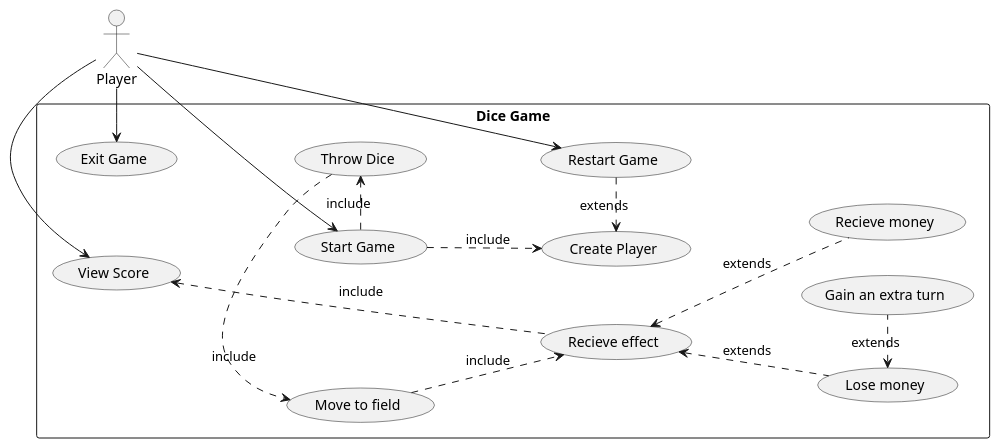
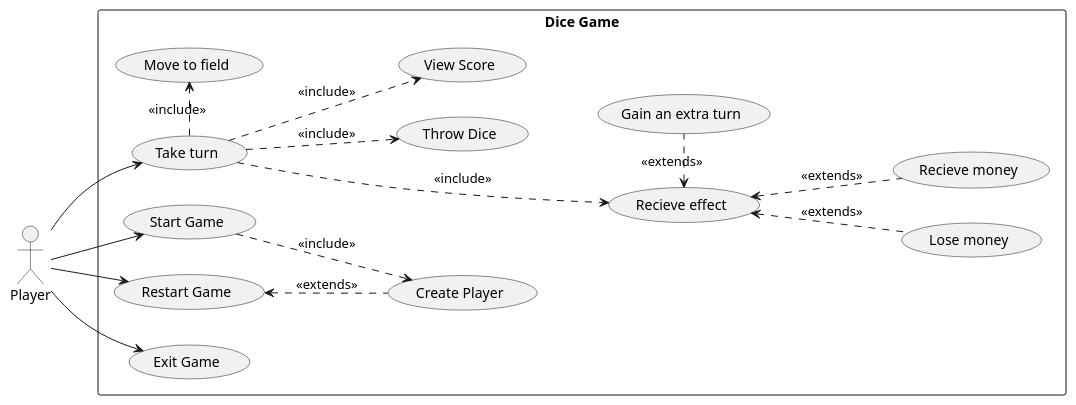
Before and after one commit to PhilipCramer/CDIO_del2: the diagram in src/main/resources/UseCaseDiagram.puml, drawn with PlantUML. The commit also changed 1 other file, not shown here.

Commit message:
Modiefied the diagrams a little

```diff
--- a/src/main/resources/UseCaseDiagram.puml
+++ b/src/main/resources/UseCaseDiagram.puml
@@ -1,30 +1,32 @@
 @startuml UseCaseDiagram
 left to right direction
 actor "Player" as p
 rectangle "Dice Game" {
   usecase "Start Game" as UC1
   usecase "Create Player" as UC2
+  usecase "Take turn" as UC12
   usecase "Throw Dice" as UC3
   usecase "Move to field" as UC4
   usecase "Recieve effect" as UC5
   usecase "Lose money" as UC6
   usecase "Recieve money" as UC7
   usecase "Gain an extra turn" as UC8
   usecase "View Score" as UC9
   usecase "Restart Game" as UC10
   usecase "Exit Game" as UC11
 }
-p -> UC1
-UC1 ..> UC2 : include
-UC1 .> UC3 : include
-UC3 .> UC4 : include
-UC4 ..> UC5 : include
-UC5 <.. UC7 : extends
-UC5 <.. UC6 : extends
-UC6 <. UC8 : extends
-p -> UC9
-UC9 <... UC5 : include
-p -> UC10
-UC10 .> UC2 : extends
-p -> UC11
+p --> UC1
+UC1 ..> UC2 : <<include>> 
+UC12 .> UC4 : <<include>>
+UC5 <.. UC7 : <<extends>>
+UC5 <.. UC6 : <<extends>>
+UC5 <. UC8 : <<extends>>
+UC12 ..> UC9 : <<include>>
+UC12 ...> UC5 : <<include>>
+p --> UC10
+UC10 <.. UC2 : <<extends>>
+p --> UC11
+p --> UC12
+UC12 ..> UC3 : <<include>>
+
 @enduml
```
